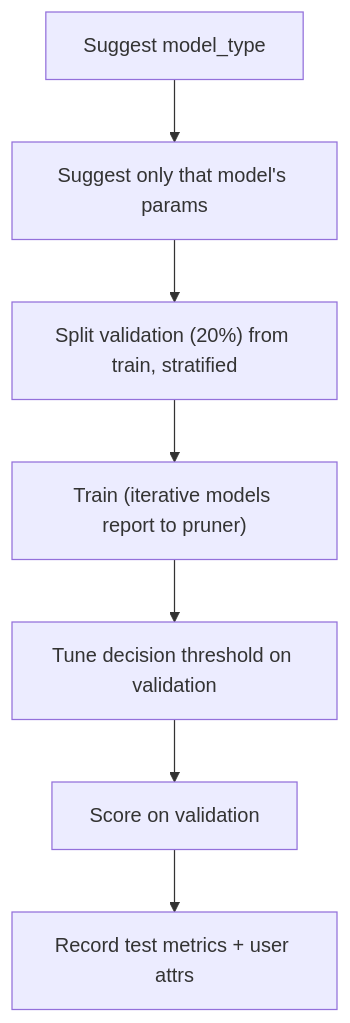
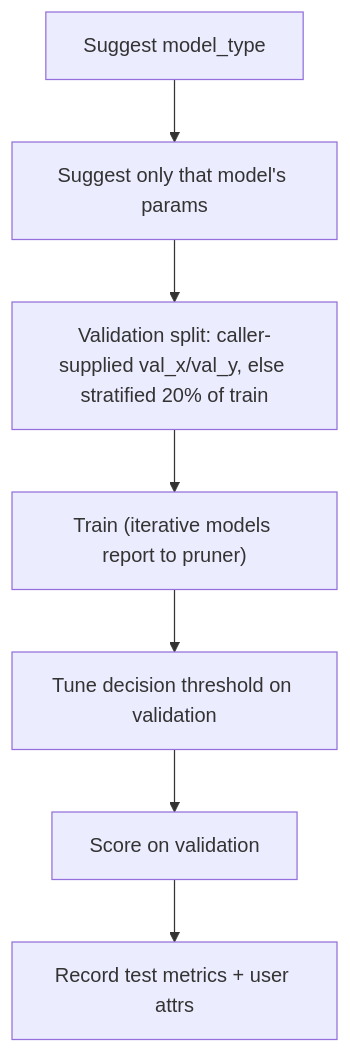
Before and after one commit to Qentora/quoptuna: the diagram in docs-site/src/content/docs/explanation/optimization-engine.md, drawn with Mermaid. The commit also changed other lines of this file and 45 other files, not shown here.

````diff
--- a/docs-site/src/content/docs/explanation/optimization-engine.md
+++ b/docs-site/src/content/docs/explanation/optimization-engine.md
@@ -29,9 +29,9 @@
 ```mermaid
 flowchart TD
   A["Suggest model_type"] --> B["Suggest only that model's params"]
-  B --> C["Split validation (20%) from train, stratified"]
+  B --> C["Validation split: caller-supplied val_x/val_y, else stratified 20% of train"]
   C --> D["Train (iterative models report to pruner)"]
   D --> E["Tune decision threshold on validation"]
   E --> F["Score on validation"]
   F --> G["Record test metrics + user attrs"]
 ```
````
